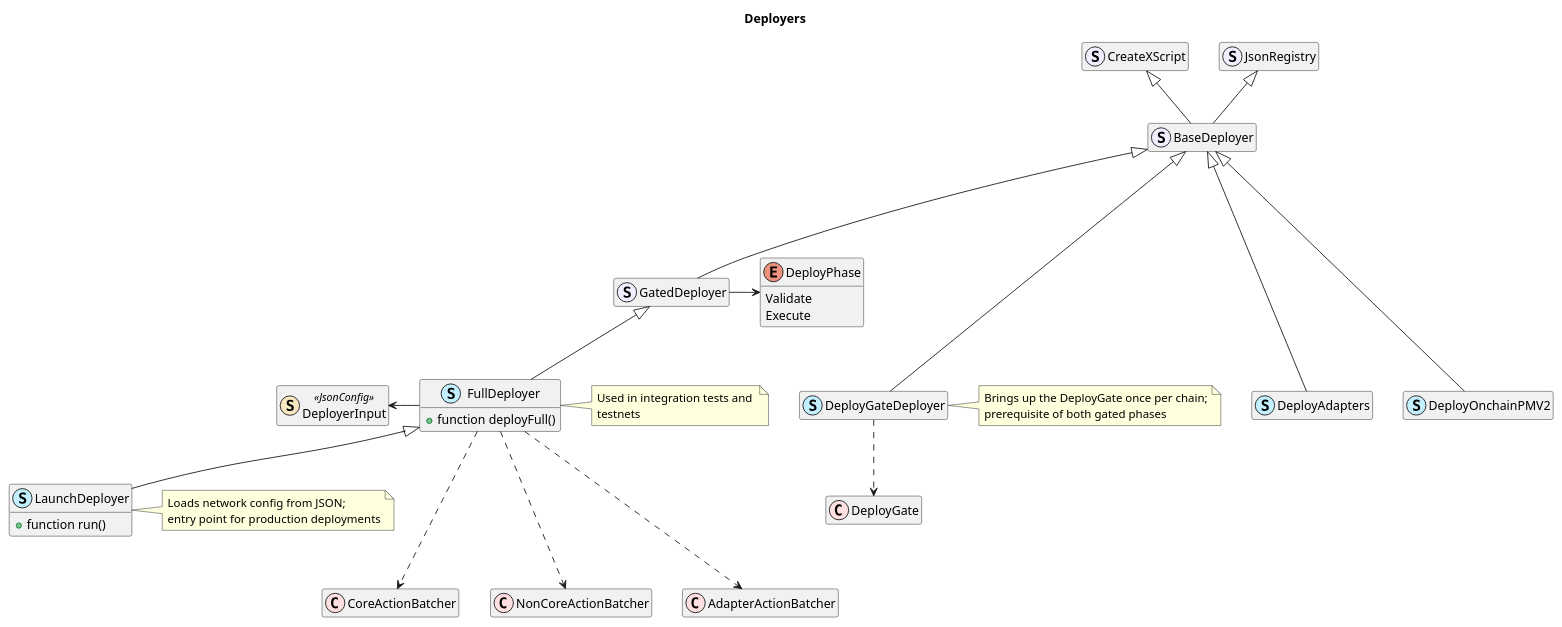
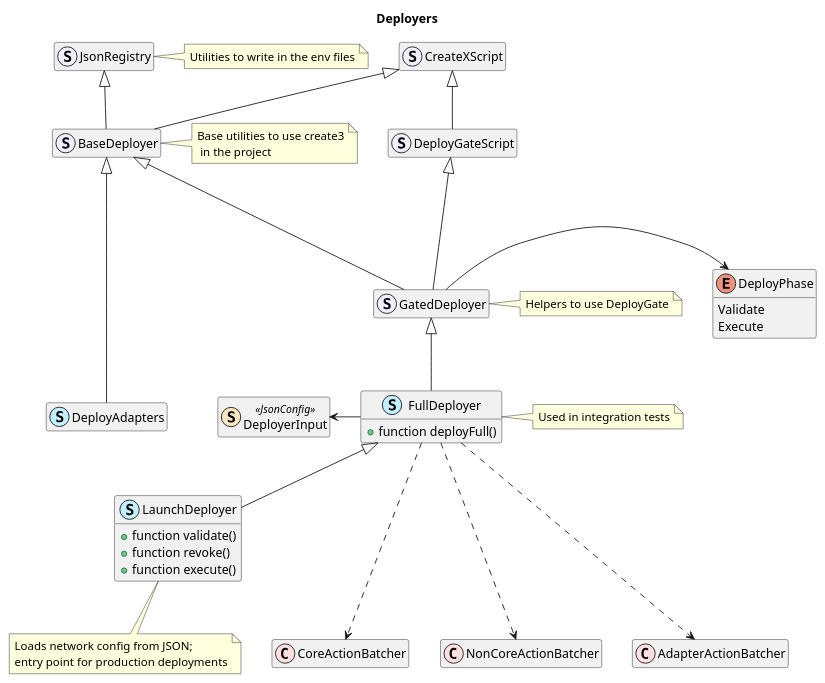
The diagram in docs/architecture/deployers.puml (centrifuge/protocol), drawn with PlantUML before and after one commit. The commit also changed 38 other files, not shown here.

Commit message:
Permissionless DeployGate (#333)

```diff
--- a/docs/architecture/deployers.puml
+++ b/docs/architecture/deployers.puml
@@ -1,57 +1,58 @@
 @startuml deployers
 title Deployers
 hide empty members
 
 class JsonRegistry << (S, motivation) >>
 class CreateXScript << (S, motivation) >>
+class DeployGateScript << (S, motivation) >>
 
 class BaseDeployer << (S, motivation) >>
 class GatedDeployer << (S, motivation) >>
 
-class DeployGateDeployer << (S, application) >>
 class DeployAdapters << (S, application) >>
-class DeployOnchainPMV2 << (S, application) >>
 
 class FullDeployer  << (S, application) >> {
     + function deployFull()
 }
 class LaunchDeployer  << (S, application) >> {
-    + function run()
+    + function validate()
+    + function revoke()
+    + function execute()
 }
 
-class DeployGate << (C, implementation) >>
 class CoreActionBatcher << (C, implementation) >>
 class NonCoreActionBatcher << (C, implementation) >>
 class AdapterActionBatcher << (C, implementation) >>
 
 class DeployerInput << (S,strategy) JsonConfig >>
 
 enum DeployPhase {
     Validate
     Execute
 }
 
 BaseDeployer -up-|> JsonRegistry
 BaseDeployer -up-|> CreateXScript
+DeployGateScript -up-|> CreateXScript
 
 GatedDeployer --up-|> BaseDeployer
+GatedDeployer --up-|> DeployGateScript
 FullDeployer -up-|> GatedDeployer
 LaunchDeployer -up-|> FullDeployer
 
-DeployGateDeployer ---up-|> BaseDeployer
 DeployAdapters ---up-|> BaseDeployer
-DeployOnchainPMV2 ---up-|> BaseDeployer
 
 GatedDeployer -right> DeployPhase
 FullDeployer -left> DeployerInput
 
-DeployGateDeployer ..> DeployGate
 FullDeployer ...> CoreActionBatcher
 FullDeployer ...> NonCoreActionBatcher
 FullDeployer ...> AdapterActionBatcher
 
-note right of FullDeployer: Used in integration tests and \ntestnets
-note right of LaunchDeployer: Loads network config from JSON;\nentry point for production deployments
-note right of DeployGateDeployer: Brings up the DeployGate once per chain;\nprerequisite of both gated phases
+note right of JsonRegistry: Utilities to write in the env files
+note right of BaseDeployer: Base utilities to use create3\n in the project
+note right of GatedDeployer: Helpers to use DeployGate
+note right of FullDeployer: Used in integration tests
+note bottom of LaunchDeployer: Loads network config from JSON;\nentry point for production deployments
 
 @enduml
```
